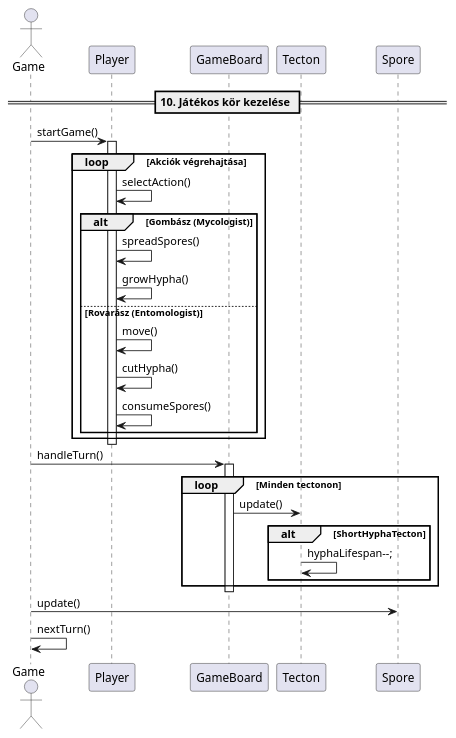
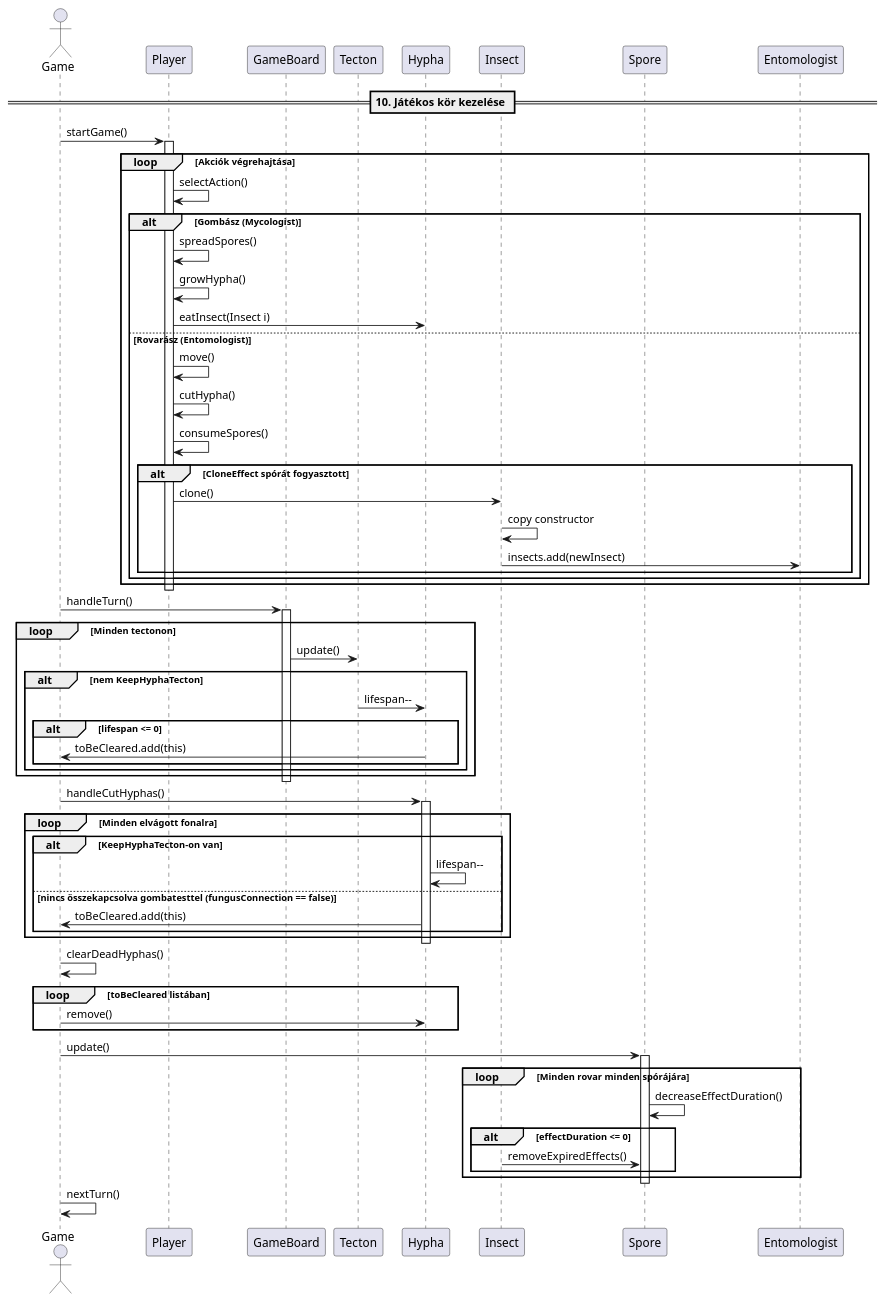
The diagram in docs/Sequence/Turn-kezeles.plantuml (hujberhunor/SzomiSztegoProjlab), drawn with PlantUML before and after one commit. The commit also changed 1 other file, not shown here.

Commit message:
Spora-effect és Turn-kezelés módosítása

```diff
--- a/docs/Sequence/Turn-kezeles.plantuml
+++ b/docs/Sequence/Turn-kezeles.plantuml
@@ -1,42 +1,77 @@
 @startuml
 
 == 10. Játékos kör kezelése ==
 actor Game
 participant Player
 participant GameBoard
 participant Tecton
+participant Hypha
+participant Insect
 participant Spore
 
 Game -> Player: startGame()
 activate Player
 
 loop Akciók végrehajtása
     Player -> Player: selectAction()
     alt Gombász (Mycologist)
         Player -> Player: spreadSpores()
         Player -> Player: growHypha()
+        Player -> Hypha: eatInsect(Insect i)
     else Rovarász (Entomologist)
         Player -> Player: move()
         Player -> Player: cutHypha()
         Player -> Player: consumeSpores()
+        
+        alt CloneEffect spórát fogyasztott
+            Player -> Insect: clone()
+            Insect -> Insect: copy constructor
+            Insect -> Entomologist: insects.add(newInsect)
+        end
     end
 end
 
 deactivate Player
 
 Game -> GameBoard: handleTurn()
 activate GameBoard
 loop Minden tectonon
     GameBoard -> Tecton: update()
-    alt ShortHyphaTecton
-        Tecton -> Tecton: hyphaLifespan--;
+    alt nem KeepHyphaTecton
+        Tecton -> Hypha: lifespan--
+        alt lifespan <= 0
+            Hypha -> Game: toBeCleared.add(this)
+        end
     end
 end
 deactivate GameBoard
 
+Game -> Hypha: handleCutHyphas()
+activate Hypha
+loop Minden elvágott fonalra
+    alt KeepHyphaTecton-on van
+        Hypha -> Hypha: lifespan--
+    else nincs összekapcsolva gombatesttel (fungusConnection == false)
+        Hypha -> Game: toBeCleared.add(this)
+    end
+end
+deactivate Hypha
+
+Game -> Game: clearDeadHyphas()
+loop toBeCleared listában
+    Game -> Hypha: remove()
+end
+
 Game -> Spore: update()
+activate Spore
+loop Minden rovar minden spórájára
+    Spore -> Spore: decreaseEffectDuration()
+    alt effectDuration <= 0
+        Insect -> Spore: removeExpiredEffects()
+    end
+end
 deactivate Spore
 
 Game -> Game: nextTurn()
 
 @enduml
```
